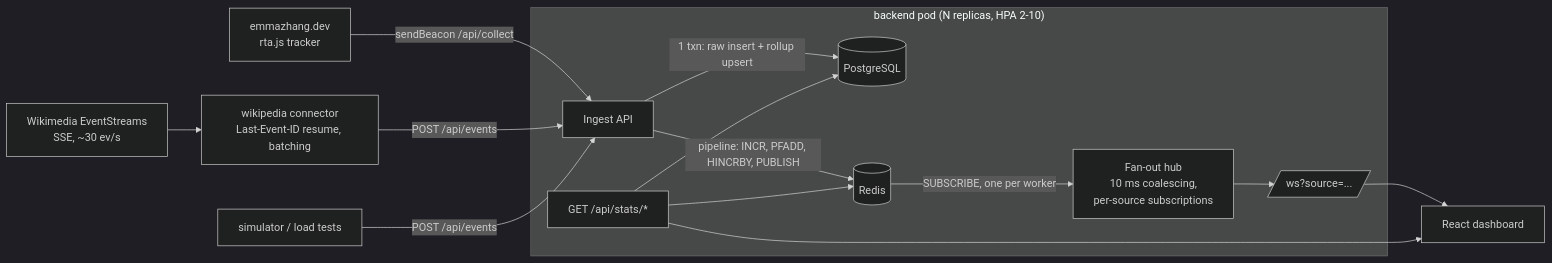
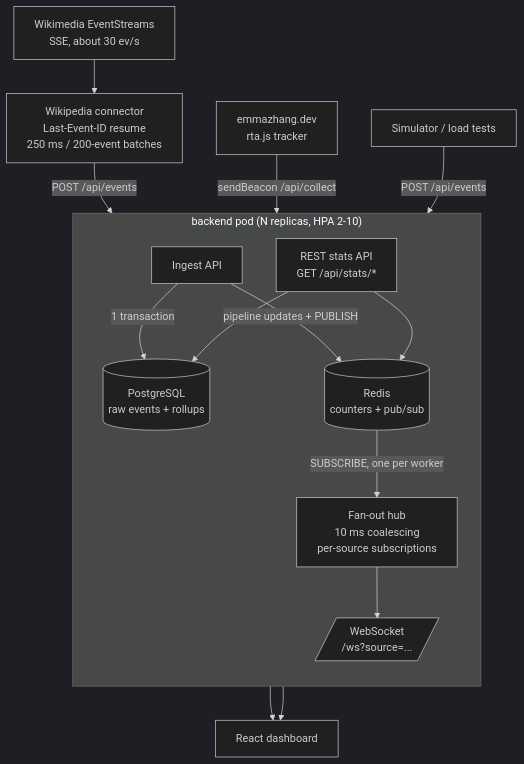
One commit to emmazhang-ai-sde/realtime-analytics-dashboard changed the diagram in README.md. Above: the diagram before and after it, drawn with Mermaid (dark theme). The commit also changed other lines of this file and 1 other file, not shown here.

````diff
--- a/README.md
+++ b/README.md
@@ -16,17 +74,32 @@
 ```mermaid
-flowchart LR
-  WM[Wikimedia EventStreams<br/>SSE, ~30 ev/s] --> CONN[wikipedia connector<br/>Last-Event-ID resume, batching]
-  SITE[emmazhang.dev<br/>rta.js tracker] -->|sendBeacon /api/collect| ING
+flowchart TB
+  WM[Wikimedia EventStreams<br/>SSE, about 30 ev/s]
+  CONN[Wikipedia connector<br/>Last-Event-ID resume<br/>250 ms / 200-event batches]
+  SITE[emmazhang.dev<br/>rta.js tracker]
+  SIM[Simulator / load tests]
+
+  WM --> CONN
   CONN -->|POST /api/events| ING
-  SIM[simulator / load tests] -->|POST /api/events| ING
+  SITE -->|sendBeacon /api/collect| ING
+  SIM -->|POST /api/events| ING
+
   subgraph Pod["backend pod (N replicas, HPA 2-10)"]
-    ING[Ingest API] -->|1 txn: raw insert + rollup upsert| PG[(PostgreSQL)]
-    ING -->|pipeline: INCR, PFADD, HINCRBY, PUBLISH| R[(Redis)]
-    R -->|SUBSCRIBE, one per worker| HUB[Fan-out hub<br/>10 ms coalescing,<br/>per-source subscriptions]
-    HUB --> WS[/ws?source=.../]
-    API[GET /api/stats/*] --> PG
+    direction TB
+    ING[Ingest API]
+    PG[(PostgreSQL<br/>raw events + rollups)]
+    R[(Redis<br/>counters + pub/sub)]
+    HUB[Fan-out hub<br/>10 ms coalescing<br/>per-source subscriptions]
+    API[REST stats API<br/>GET /api/stats/*]
+    WS[/WebSocket<br/>/ws?source=.../]
+
+    ING -->|1 transaction| PG
+    ING -->|pipeline updates + PUBLISH| R
+    R -->|SUBSCRIBE, one per worker| HUB
+    HUB --> WS
+    API --> PG
     API --> R
   end
+
   WS --> UI[React dashboard]
   API --> UI
 ```
````
